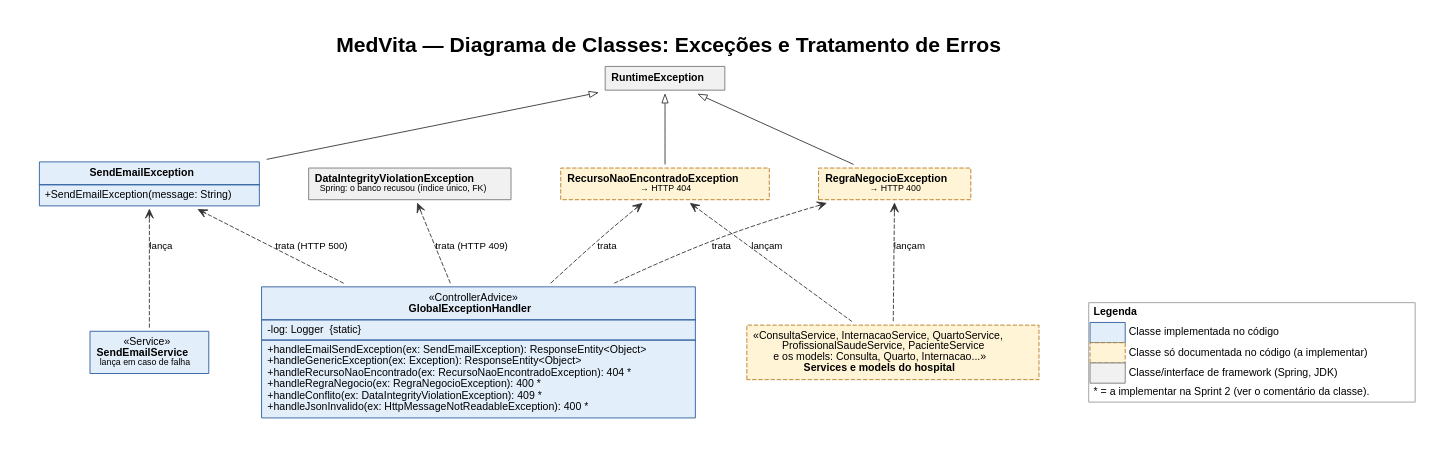
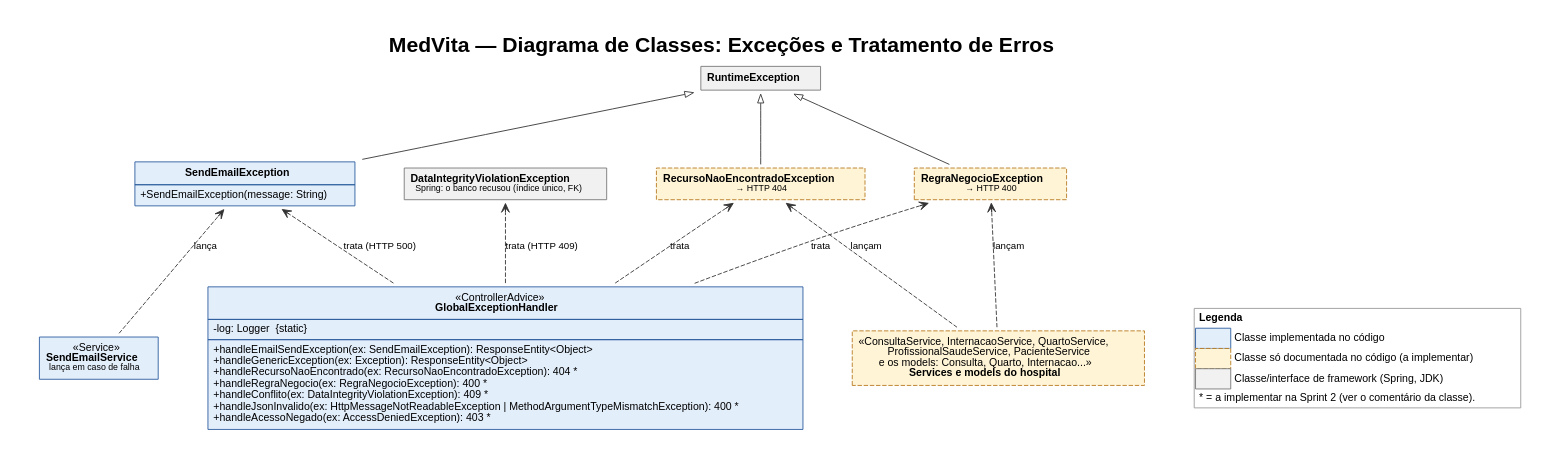
One commit to leonardoMartins-Dev/Sistema_Hospitalar changed the diagram in DOCUMENTOS/DiagramaUML/04-diagrama-classes-excecoes.dot. Above: the diagram before and after it, drawn with Graphviz. The commit also changed 10 other files, not shown here.

```diff
--- a/DOCUMENTOS/DiagramaUML/04-diagrama-classes-excecoes.dot
+++ b/DOCUMENTOS/DiagramaUML/04-diagrama-classes-excecoes.dot
@@ -1,27 +1,27 @@
 digraph G {
   rankdir=BT; splines=true; nodesep=0.55; ranksep=0.9; pad=0.4;
   labelloc=t; fontsize=24; fontname="Helvetica"; label=<<B>MedVita — Diagrama de Classes: Exceções e Tratamento de Erros</B>>;
   node [fontname="Helvetica" fontsize=12];
   edge [fontname="Helvetica" fontsize=11 color="#333333" labeldistance=2.2];
   ranksep=1.0;
 RTE [shape=plaintext label=<<TABLE BORDER="1" CELLBORDER="0" CELLSPACING="0" CELLPADDING="5" BGCOLOR="#F1F1F1" COLOR="#777777" STYLE="solid"><TR><TD ALIGN="CENTER" CELLPADDING="6"><B>RuntimeException</B></TD></TR></TABLE>>];
 SendEx [shape=plaintext label=<<TABLE BORDER="1" CELLBORDER="0" CELLSPACING="0" CELLPADDING="5" BGCOLOR="#E3EEFB" COLOR="#2B5C9E" STYLE="solid"><TR><TD ALIGN="CENTER" CELLPADDING="6"><B>SendEmailException</B></TD></TR><HR/><TR><TD ALIGN="LEFT" BALIGN="LEFT">+SendEmailException(message: String)<BR ALIGN="LEFT"/></TD></TR></TABLE>>];
 NotFound [shape=plaintext label=<<TABLE BORDER="1" CELLBORDER="0" CELLSPACING="0" CELLPADDING="5" BGCOLOR="#FFF4D6" COLOR="#B7791F" STYLE="dashed"><TR><TD ALIGN="CENTER" CELLPADDING="6"><B>RecursoNaoEncontradoException</B><BR/><FONT POINT-SIZE="10">→ HTTP 404</FONT></TD></TR></TABLE>>];
 Regra [shape=plaintext label=<<TABLE BORDER="1" CELLBORDER="0" CELLSPACING="0" CELLPADDING="5" BGCOLOR="#FFF4D6" COLOR="#B7791F" STYLE="dashed"><TR><TD ALIGN="CENTER" CELLPADDING="6"><B>RegraNegocioException</B><BR/><FONT POINT-SIZE="10">→ HTTP 400</FONT></TD></TR></TABLE>>];
-Handler [shape=plaintext label=<<TABLE BORDER="1" CELLBORDER="0" CELLSPACING="0" CELLPADDING="5" BGCOLOR="#E3EEFB" COLOR="#2B5C9E" STYLE="solid"><TR><TD ALIGN="CENTER" CELLPADDING="6">«ControllerAdvice»<BR/><B>GlobalExceptionHandler</B></TD></TR><HR/><TR><TD ALIGN="LEFT" BALIGN="LEFT">-log: Logger  {static}<BR ALIGN="LEFT"/></TD></TR><HR/><TR><TD ALIGN="LEFT" BALIGN="LEFT">+handleEmailSendException(ex: SendEmailException): ResponseEntity&lt;Object&gt;<BR ALIGN="LEFT"/>+handleGenericException(ex: Exception): ResponseEntity&lt;Object&gt;<BR ALIGN="LEFT"/>+handleRecursoNaoEncontrado(ex: RecursoNaoEncontradoException): 404 *<BR ALIGN="LEFT"/>+handleRegraNegocio(ex: RegraNegocioException): 400 *<BR ALIGN="LEFT"/>+handleConflito(ex: DataIntegrityViolationException): 409 *<BR ALIGN="LEFT"/>+handleJsonInvalido(ex: HttpMessageNotReadableException): 400 *<BR ALIGN="LEFT"/></TD></TR></TABLE>>];
+Handler [shape=plaintext label=<<TABLE BORDER="1" CELLBORDER="0" CELLSPACING="0" CELLPADDING="5" BGCOLOR="#E3EEFB" COLOR="#2B5C9E" STYLE="solid"><TR><TD ALIGN="CENTER" CELLPADDING="6">«ControllerAdvice»<BR/><B>GlobalExceptionHandler</B></TD></TR><HR/><TR><TD ALIGN="LEFT" BALIGN="LEFT">-log: Logger  {static}<BR ALIGN="LEFT"/></TD></TR><HR/><TR><TD ALIGN="LEFT" BALIGN="LEFT">+handleEmailSendException(ex: SendEmailException): ResponseEntity&lt;Object&gt;<BR ALIGN="LEFT"/>+handleGenericException(ex: Exception): ResponseEntity&lt;Object&gt;<BR ALIGN="LEFT"/>+handleRecursoNaoEncontrado(ex: RecursoNaoEncontradoException): 404 *<BR ALIGN="LEFT"/>+handleRegraNegocio(ex: RegraNegocioException): 400 *<BR ALIGN="LEFT"/>+handleConflito(ex: DataIntegrityViolationException): 409 *<BR ALIGN="LEFT"/>+handleJsonInvalido(ex: HttpMessageNotReadableException | MethodArgumentTypeMismatchException): 400 *<BR ALIGN="LEFT"/>+handleAcessoNegado(ex: AccessDeniedException): 403 *<BR ALIGN="LEFT"/></TD></TR></TABLE>>];
 Mail [shape=plaintext label=<<TABLE BORDER="1" CELLBORDER="0" CELLSPACING="0" CELLPADDING="5" BGCOLOR="#E3EEFB" COLOR="#2B5C9E" STYLE="solid"><TR><TD ALIGN="CENTER" CELLPADDING="6">«Service»<BR/><B>SendEmailService</B><BR/><FONT POINT-SIZE="10">lança em caso de falha</FONT></TD></TR></TABLE>>];
 Svcs [shape=plaintext label=<<TABLE BORDER="1" CELLBORDER="0" CELLSPACING="0" CELLPADDING="5" BGCOLOR="#FFF4D6" COLOR="#B7791F" STYLE="dashed"><TR><TD ALIGN="CENTER" CELLPADDING="6">«ConsultaService, InternacaoService, QuartoService,<BR/>ProfissionalSaudeService, PacienteService<BR/>e os models: Consulta, Quarto, Internacao...»<BR/><B>Services e models do hospital</B></TD></TR></TABLE>>];
 {rank=same; SendEx; NotFound; Regra;}
 SendEx -> RTE [arrowhead=empty];
 NotFound -> RTE [arrowhead=empty];
 Regra -> RTE [arrowhead=empty];
 Handler -> SendEx [style=dashed arrowhead=vee label=<trata (HTTP 500)>];
 Handler -> NotFound [style=dashed arrowhead=vee label=<trata> style=dashed];
 Handler -> Regra [style=dashed arrowhead=vee label=<trata> style=dashed];
 Mail -> SendEx [style=dashed arrowhead=vee label=<lança>];
 Svcs -> NotFound [style=dashed arrowhead=vee label=<lançam>];
 Svcs -> Regra [style=dashed arrowhead=vee label=<lançam>];
 DIVE [shape=plaintext label=<<TABLE BORDER="1" CELLBORDER="0" CELLSPACING="0" CELLPADDING="5" BGCOLOR="#F1F1F1" COLOR="#777777" STYLE="solid"><TR><TD ALIGN="CENTER" CELLPADDING="6"><B>DataIntegrityViolationException</B><BR/><FONT POINT-SIZE="10">Spring: o banco recusou (índice único, FK)</FONT></TD></TR></TABLE>>];
 Handler -> DIVE [style=dashed arrowhead=vee label=<trata (HTTP 409)>];
 legend [shape=plaintext label=<<TABLE BORDER="1" CELLBORDER="0" CELLSPACING="0" CELLPADDING="4" COLOR="#999999"><TR><TD COLSPAN="2" ALIGN="LEFT"><B>Legenda</B></TD></TR><TR><TD WIDTH="26" BGCOLOR="#E3EEFB" COLOR="#2B5C9E" STYLE="solid" BORDER="1"> </TD><TD ALIGN="LEFT">Classe implementada no código</TD></TR><TR><TD WIDTH="26" BGCOLOR="#FFF4D6" COLOR="#B7791F" STYLE="dashed" BORDER="1"> </TD><TD ALIGN="LEFT">Classe só documentada no código (a implementar)</TD></TR><TR><TD WIDTH="26" BGCOLOR="#F1F1F1" COLOR="#777777" STYLE="solid" BORDER="1"> </TD><TD ALIGN="LEFT">Classe/interface de framework (Spring, JDK)</TD></TR><TR><TD COLSPAN="2" ALIGN="LEFT">* = a implementar na Sprint 2 (ver o comentário da classe).</TD></TR></TABLE>>];
 }
```
